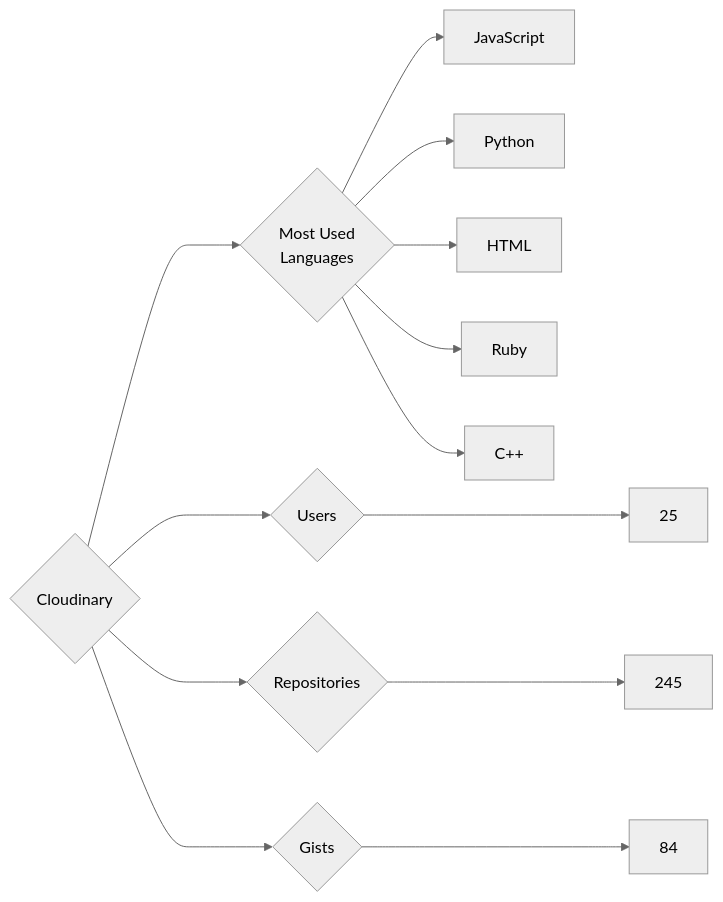
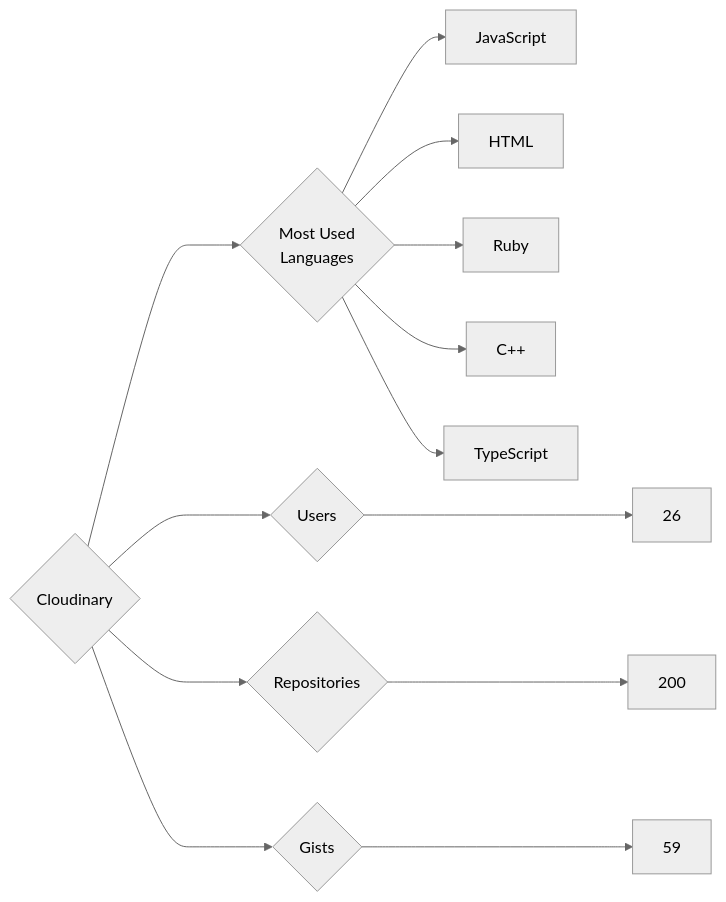
One commit to trickest/insiders changed the diagram in targets/Cloudinary/README.md. Above: the diagram before and after it, drawn with Mermaid (neutral theme). The commit also changed 900 other files, not shown here.

````diff
--- a/targets/Cloudinary/README.md
+++ b/targets/Cloudinary/README.md
@@ -3,13 +3,13 @@
 ```mermaid
 graph LR
 COMPANY_NAME{Cloudinary}
-COMPANY_NAME ---> U{Users} ---> UN[25]
-COMPANY_NAME ---> R{Repositories} ---> RN[245]
-COMPANY_NAME ---> G{Gists} ---> GN[84]
+COMPANY_NAME ---> U{Users} ---> UN[26]
+COMPANY_NAME ---> R{Repositories} ---> RN[200]
+COMPANY_NAME ---> G{Gists} ---> GN[59]
 COMPANY_NAME ---> ML{Most Used<br>Languages}
 ML --> JavaScript[JavaScript]
-ML --> Python[Python]
 ML --> HTML[HTML]
 ML --> Ruby[Ruby]
 ML --> C++[C++]
+ML --> TypeScript[TypeScript]
 ```
````
